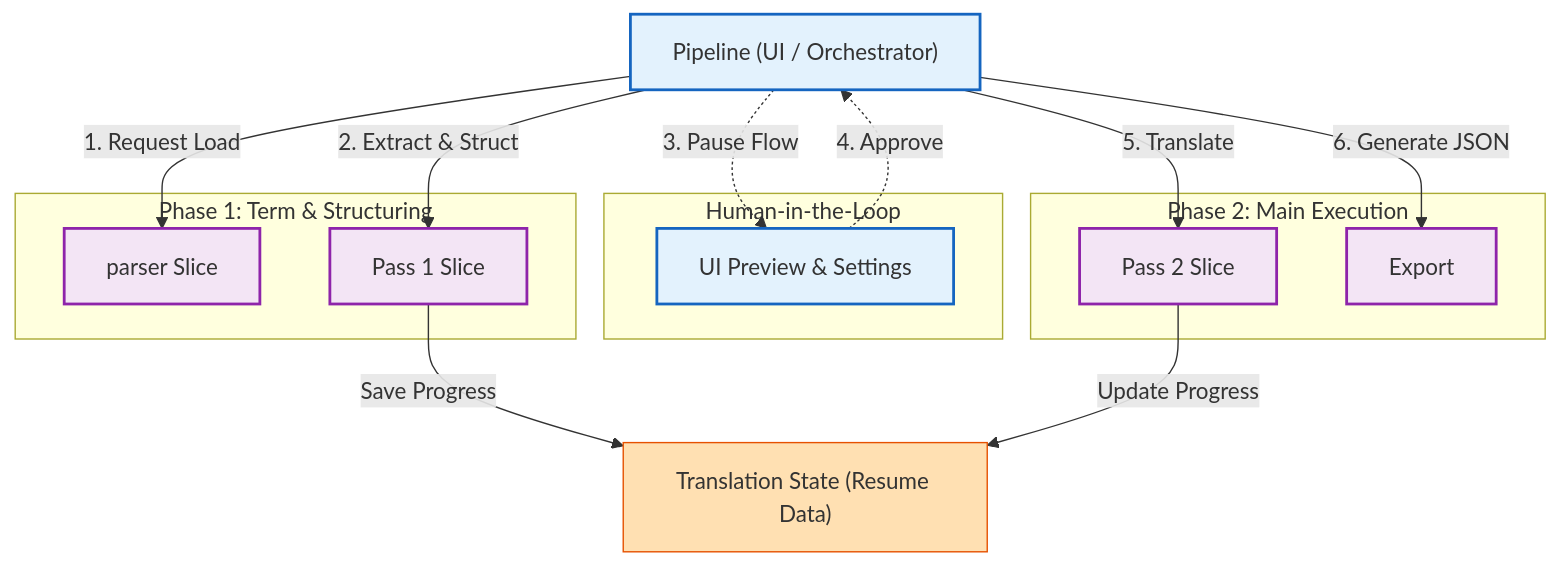
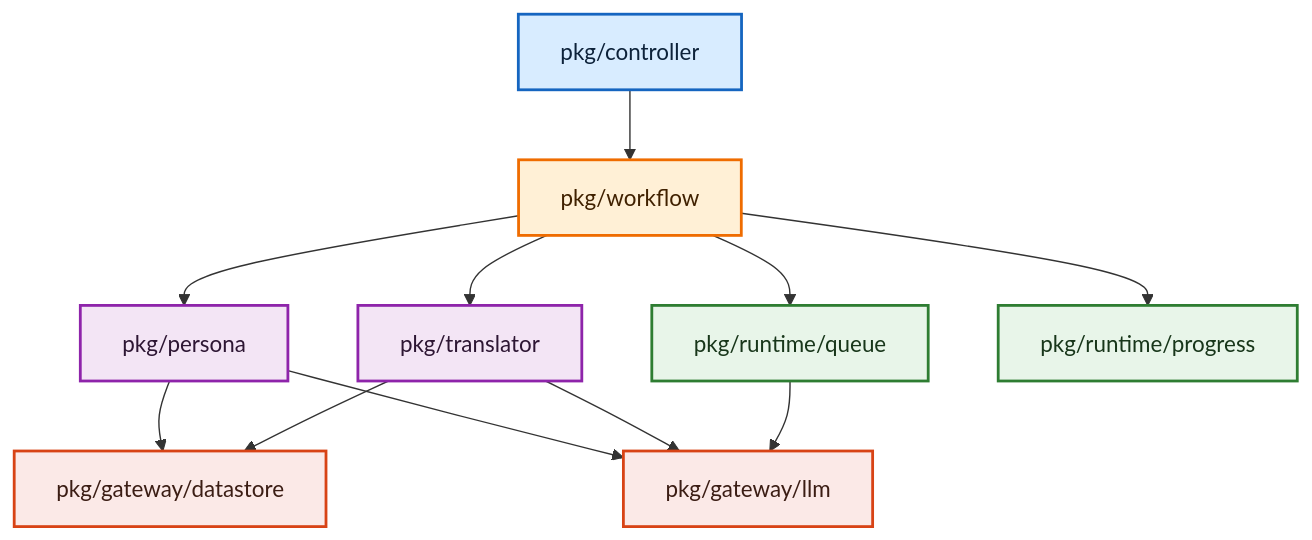
Before and after one commit to ishibata91/ai-translation-engine-2: the diagram in openspec/specs/architecture.md, drawn with Mermaid. The commit also changed other lines of this file and 30 other files, not shown here.

````diff
--- a/openspec/specs/architecture.md
+++ b/openspec/specs/architecture.md
@@ -262,35 +75,28 @@
 ```mermaid
 graph TD
-    classDef ui fill:#e3f2fd,stroke:#1565c0,stroke-width:2px;
-    classDef slice fill:#f3e5f5,stroke:#8e24aa,stroke-width:2px;
-    classDef state fill:#ffe0b2,stroke:#e65100,stroke-width:1px;
+    classDef controller fill:#d8ecff,stroke:#1565c0,stroke-width:2px,color:#0d223a;
+    classDef workflow fill:#fff0d6,stroke:#ef6c00,stroke-width:2px,color:#402100;
+    classDef slice fill:#f3e5f5,stroke:#8e24aa,stroke-width:2px,color:#2d1633;
+    classDef runtime fill:#e8f5e9,stroke:#2e7d32,stroke-width:2px,color:#18361a;
+    classDef gateway fill:#fbe9e7,stroke:#d84315,stroke-width:2px,color:#3b1d14;
 
-    PM["Pipeline (UI / Orchestrator)"]:::ui
-    State["Translation State (Resume Data)"]:::state
+    C["pkg/controller"]:::controller
+    W["pkg/workflow"]:::workflow
+    S1["pkg/persona"]:::slice
+    S2["pkg/translator"]:::slice
+    R1["pkg/runtime/queue"]:::runtime
+    R2["pkg/runtime/progress"]:::runtime
+    G1["pkg/gateway/datastore"]:::gateway
+    G2["pkg/gateway/llm"]:::gateway
 
-    subgraph "Phase 1: Term & Structuring"
-        Load_S["parser Slice"]:::slice
-        P1_S["Pass 1 Slice"]:::slice
-    end
-
-    subgraph "Human-in-the-Loop"
-        Preview["UI Preview & Settings"]:::ui
-    end
-
-    subgraph "Phase 2: Main Execution"
-        P2_S["Pass 2 Slice"]:::slice
-        Out_S["Export"]:::slice
-    end
-
-    PM -->|"1. Request Load"| Load_S
-    PM -->|"2. Extract & Struct"| P1_S
-    P1_S -->|"Save Progress"| State
-    
-    PM -.->|"3. Pause Flow"| Preview
-    Preview -.->|"4. Approve"| PM
-
-    PM -->|"5. Translate"| P2_S
-    P2_S -->|"Update Progress"| State
-    
-    PM -->|"6. Generate JSON"| Out_S
+    C --> W
+    W --> S1
+    W --> S2
+    W --> R1
+    W --> R2
+    S1 --> G1
+    S1 --> G2
+    S2 --> G1
+    S2 --> G2
+    R1 --> G2
 ```
````
